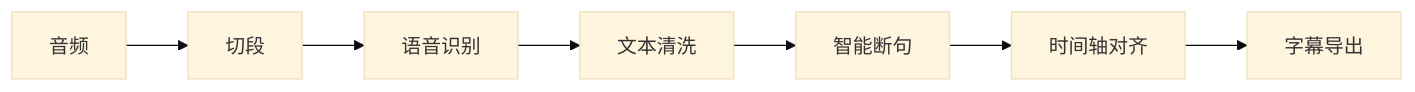
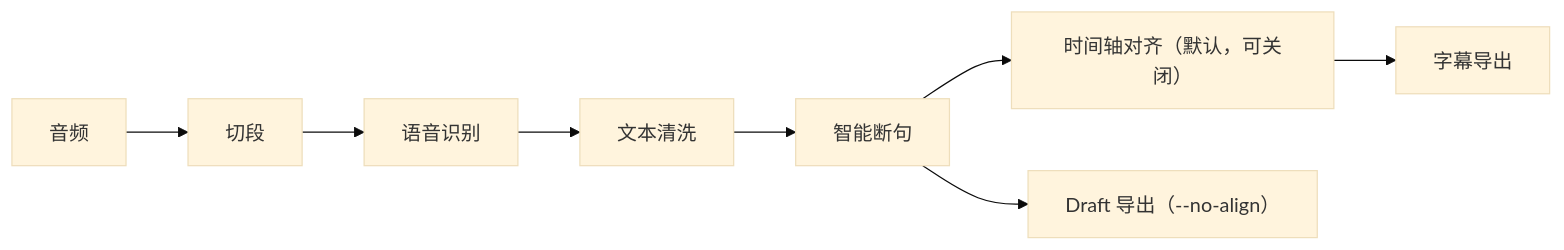
The diagram in README.md (R-jed/Subtap), drawn with Mermaid (base theme) before and after one commit. The commit also changed other lines of this file and 5 other files, not shown here.

````diff
--- a/README.md
+++ b/README.md
@@ -84,9 +84,10 @@
 ```mermaid
 graph LR
     A[音频] --> B[切段]
     B --> C[语音识别]
     C --> D[文本清洗]
     D --> E[智能断句]
-    E --> F[时间轴对齐]
+    E --> F[时间轴对齐（默认，可关闭）]
     F --> G[字幕导出]
+    E --> H[Draft 导出（--no-align）]
 ```
````
